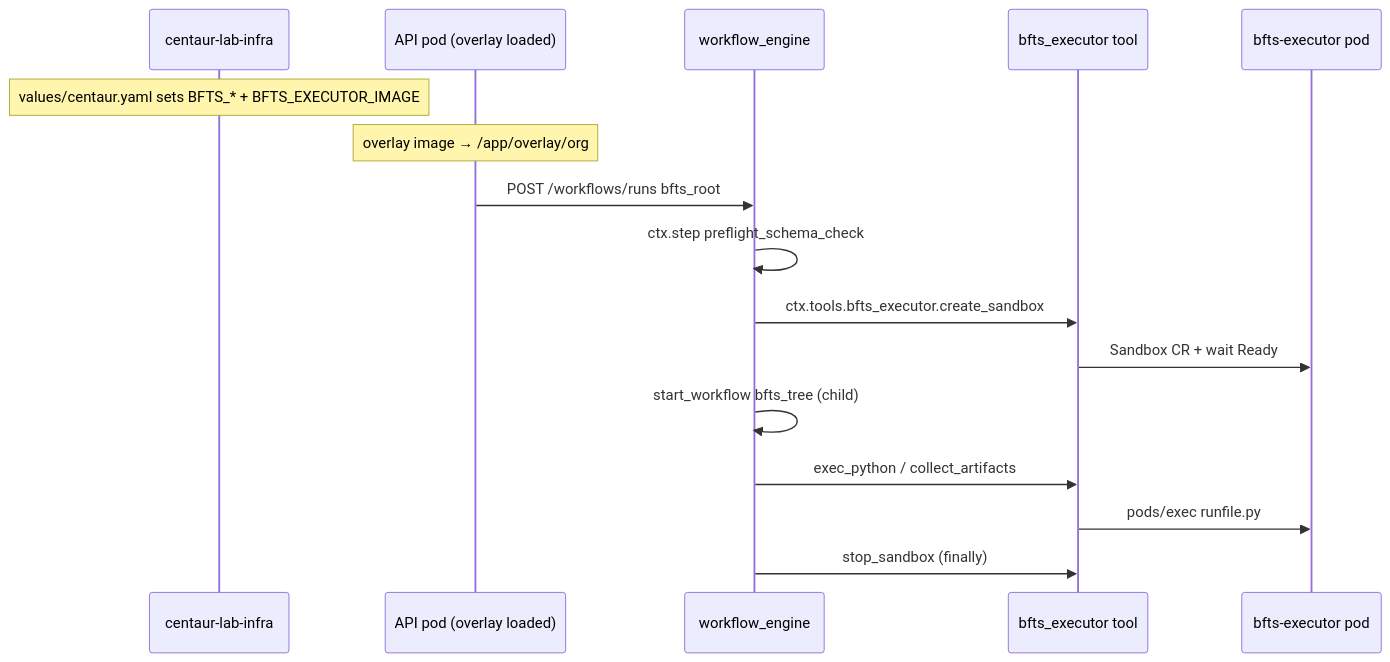
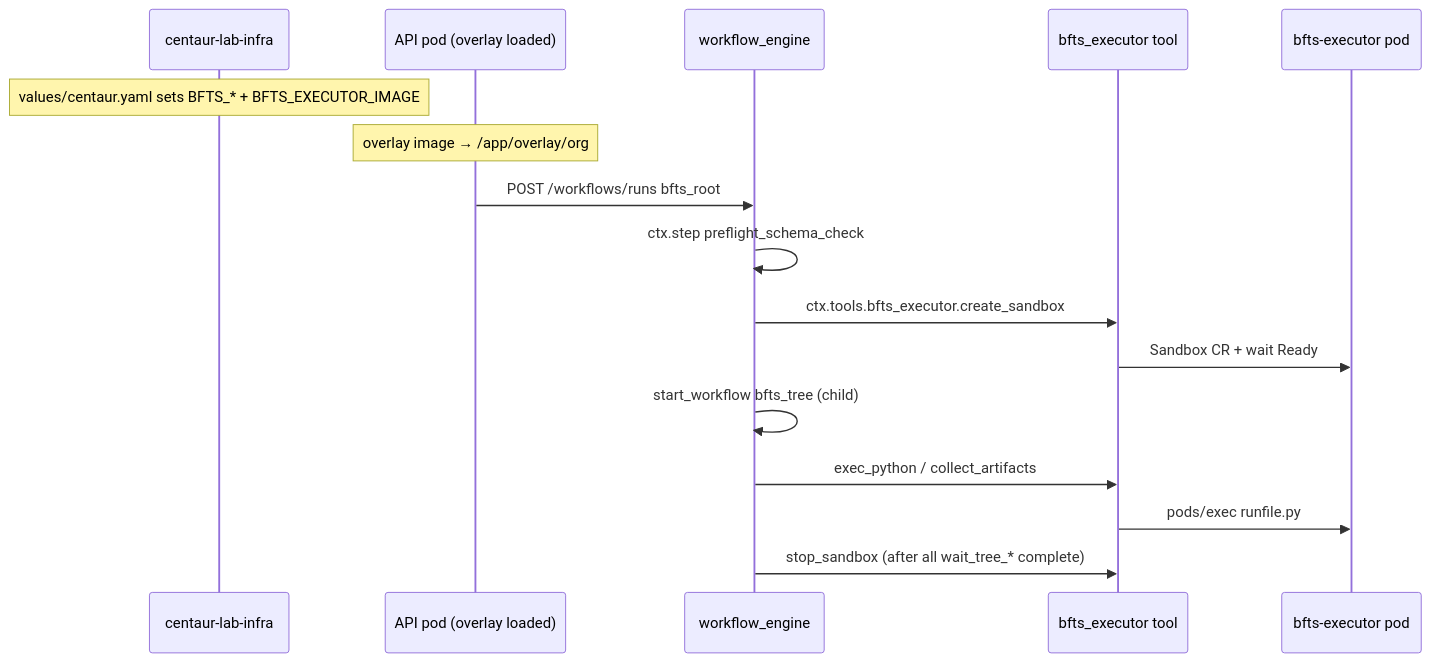
One commit to Mperhats/centaur-lab changed the diagram in docs/bfts-deployment-architecture.md. Above: the diagram before and after it, drawn with Mermaid. The commit also changed other lines of this file and 6 other files, not shown here.

````diff
--- a/docs/bfts-deployment-architecture.md
+++ b/docs/bfts-deployment-architecture.md
@@ -536,20 +536,20 @@
 ```mermaid
 sequenceDiagram
   participant Infra as centaur-lab-infra
   participant API as API pod (overlay loaded)
   participant WF as workflow_engine
   participant Tool as bfts_executor tool
   participant SB as bfts-executor pod
 
   Note over Infra: values/centaur.yaml sets BFTS_* + BFTS_EXECUTOR_IMAGE
   Note over API: overlay image → /app/overlay/org
 
   API->>WF: POST /workflows/runs bfts_root
   WF->>WF: ctx.step preflight_schema_check
   WF->>Tool: ctx.tools.bfts_executor.create_sandbox
   Tool->>SB: Sandbox CR + wait Ready
   WF->>WF: start_workflow bfts_tree (child)
   WF->>Tool: exec_python / collect_artifacts
   Tool->>SB: pods/exec runfile.py
-  WF->>Tool: stop_sandbox (finally)
+  WF->>Tool: stop_sandbox (after all wait_tree_* complete)
 ```
````
